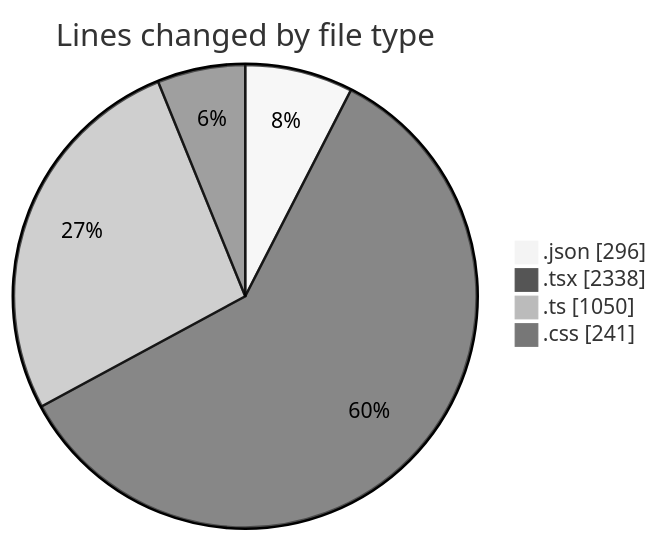
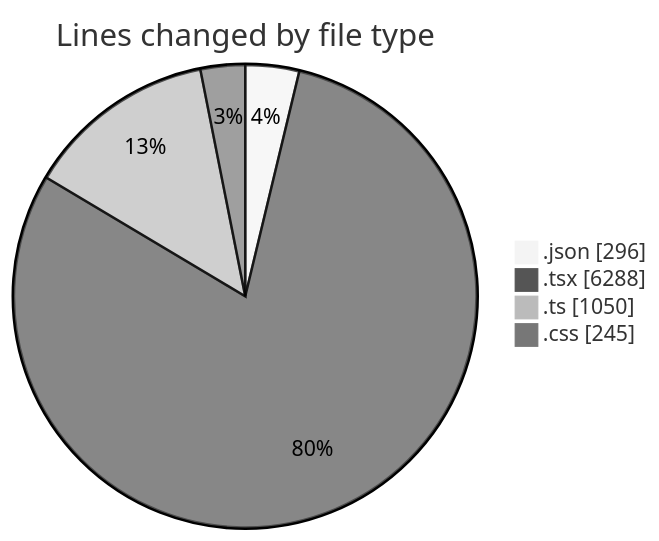
Before and after one commit to julien-gomy/code-tracking: the first of 2 diagrams in 2025-10-07/eventscop-frontend-guide__workspace_/README.md, drawn with Mermaid (neutral theme). The commit also changed other lines of this file and 1 other file, not shown here.

````diff
--- a/2025-10-07/eventscop-frontend-guide__workspace_/README.md
+++ b/2025-10-07/eventscop-frontend-guide__workspace_/README.md
@@ -42,8 +62,8 @@
 ```mermaid
 pie showData
 title Lines changed by file type
 ".json" : 296
-".tsx" : 2338
+".tsx" : 6288
 ".ts" : 1050
-".css" : 241
+".css" : 245
 ```
````
